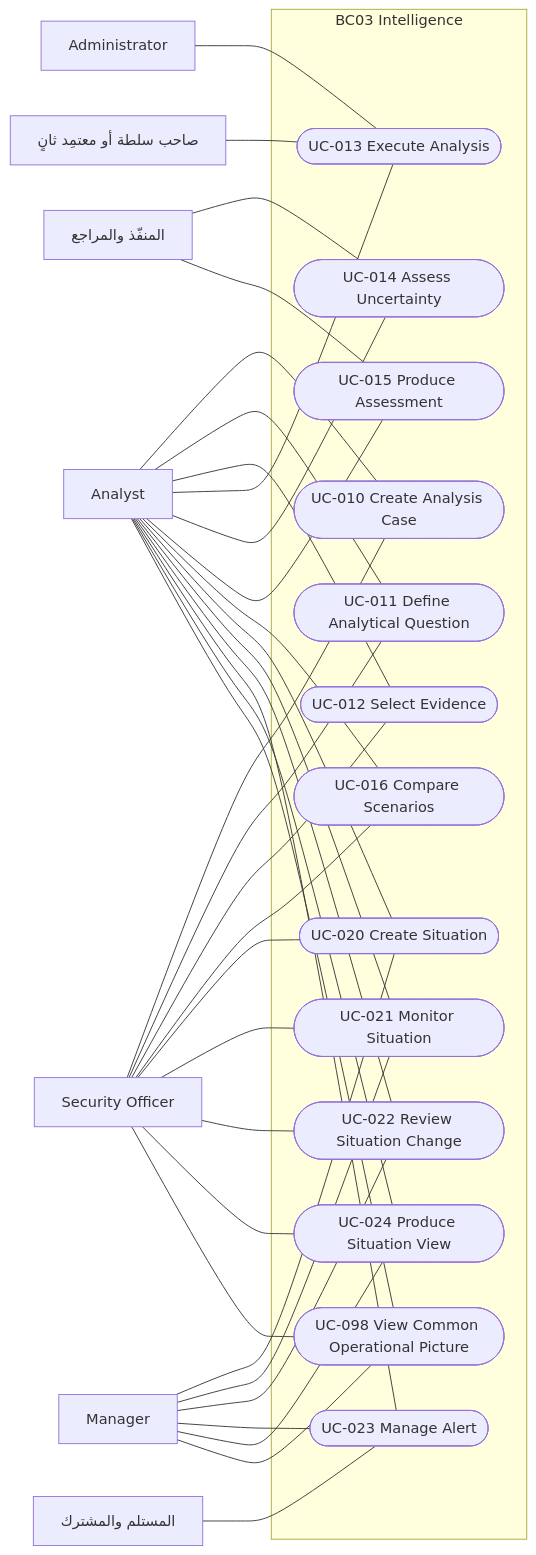
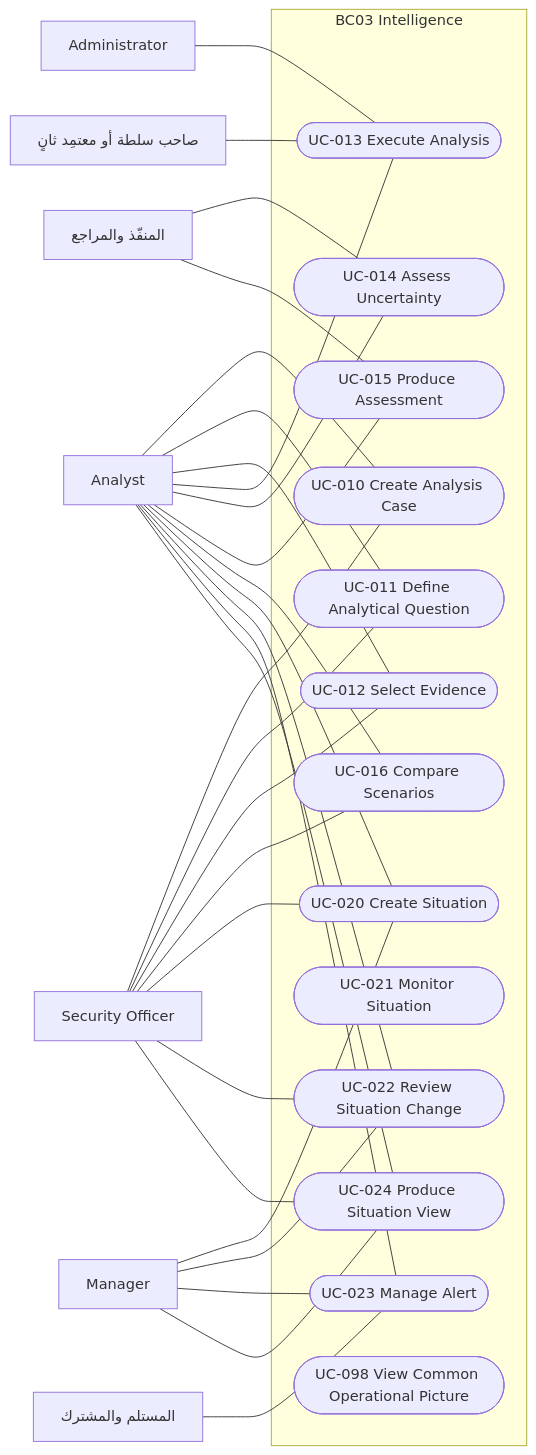
One commit to Ayoubkhattab/Planing changed the third of 8 diagrams in spec/18-analysis-design/04-use-cases.md. Above: the diagram before and after it, drawn with Mermaid. The commit also changed other lines of this file and 9 other files, not shown here.

````diff
--- a/spec/18-analysis-design/04-use-cases.md
+++ b/spec/18-analysis-design/04-use-cases.md
@@ -165,58 +132,52 @@
 ```mermaid
 flowchart LR
   ACT_02["Manager"]
   ACT_04["Analyst"]
   ACT_13["Security Officer"]
   ACT_15["Administrator"]
   AUTH_GRANT["صاحب سلطة أو معتمِد ثانٍ"]
   REL_RECIPIENT["المستلم والمشترك"]
   REL_TASK["المنفّذ والمراجع"]
   subgraph BC03["BC03 Intelligence"]
     UC010(["UC-010 Create Analysis Case"])
     UC011(["UC-011 Define Analytical Question"])
     UC012(["UC-012 Select Evidence"])
     UC013(["UC-013 Execute Analysis"])
     UC014(["UC-014 Assess Uncertainty"])
     UC015(["UC-015 Produce Assessment"])
     UC016(["UC-016 Compare Scenarios"])
     UC020(["UC-020 Create Situation"])
     UC021(["UC-021 Monitor Situation"])
     UC022(["UC-022 Review Situation Change"])
     UC023(["UC-023 Manage Alert"])
     UC024(["UC-024 Produce Situation View"])
     UC098(["UC-098 View Common Operational Picture"])
   end
   ACT_04 --- UC010
   ACT_13 --- UC010
   ACT_04 --- UC011
   ACT_13 --- UC011
   ACT_04 --- UC012
   ACT_13 --- UC012
   ACT_04 --- UC013
   ACT_15 --- UC013
   AUTH_GRANT --- UC013
   ACT_04 --- UC014
   REL_TASK --- UC014
   ACT_04 --- UC015
   REL_TASK --- UC015
   ACT_04 --- UC016
   ACT_13 --- UC016
   ACT_02 --- UC020
   ACT_04 --- UC020
   ACT_13 --- UC020
-  ACT_02 --- UC021
-  ACT_04 --- UC021
-  ACT_13 --- UC021
   ACT_02 --- UC022
   ACT_04 --- UC022
   ACT_13 --- UC022
   ACT_02 --- UC023
   ACT_04 --- UC023
   REL_RECIPIENT --- UC023
   ACT_02 --- UC024
   ACT_04 --- UC024
   ACT_13 --- UC024
-  ACT_02 --- UC098
-  ACT_04 --- UC098
-  ACT_13 --- UC098
 ```
````
